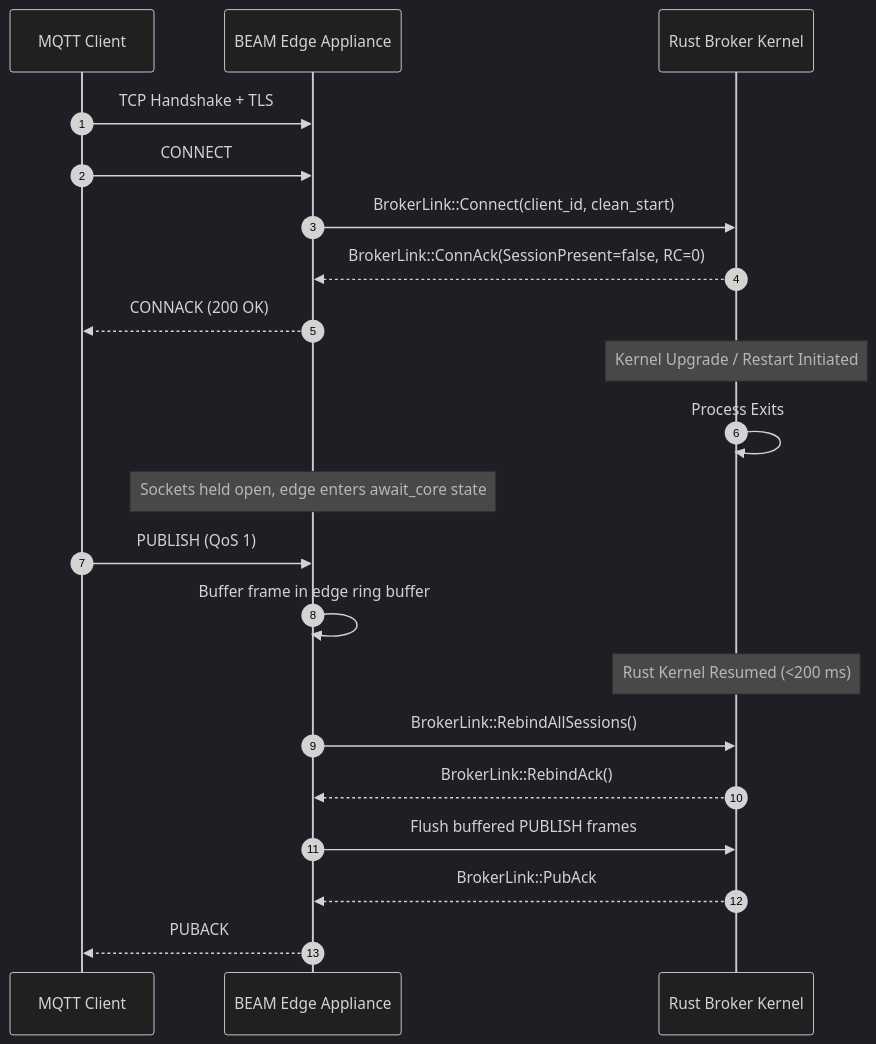
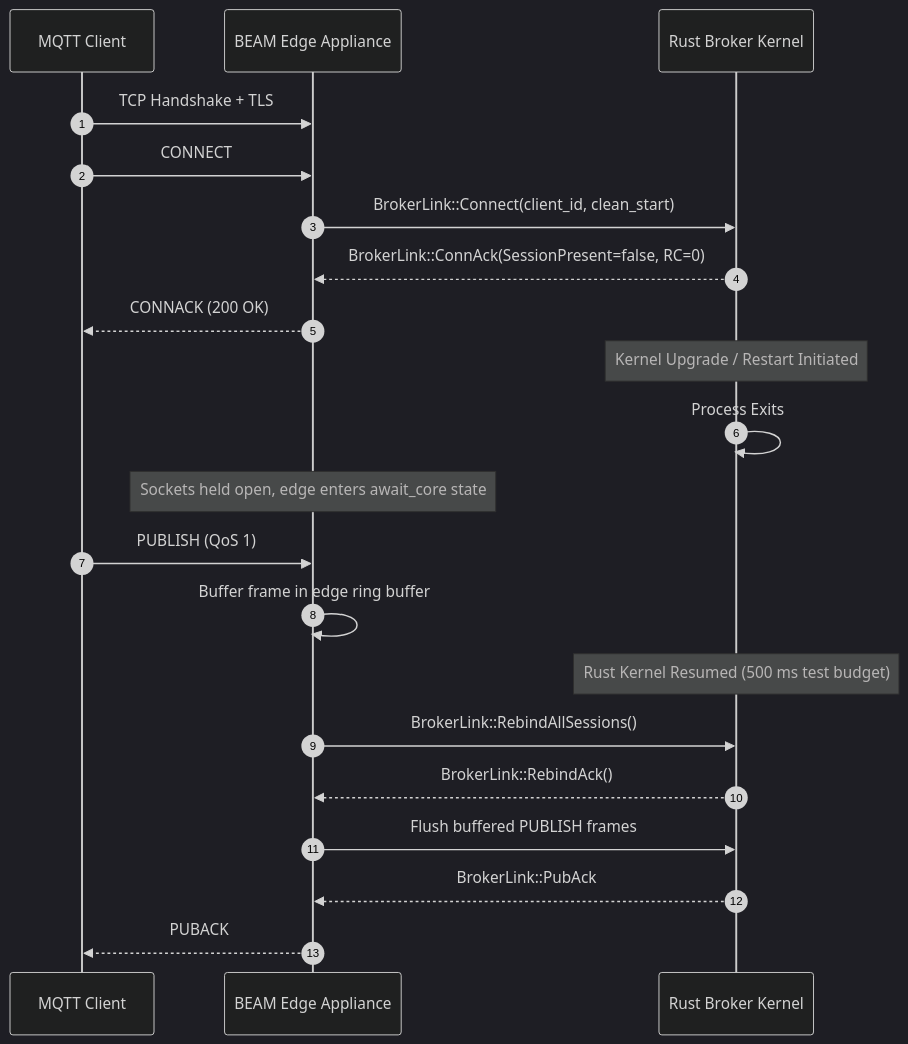
Before and after one commit to ankur-paan/indramqtt: the second of 3 diagrams in ARCHITECTURE.md, drawn with Mermaid (dark theme). The commit also changed other lines of this file and 43 other files, not shown here.

````diff
--- a/ARCHITECTURE.md
+++ b/ARCHITECTURE.md
@@ -72,26 +73,26 @@
 ```mermaid
 sequenceDiagram
     autonumber
     participant Client as MQTT Client
     participant BEAM as BEAM Edge Appliance
     participant Rust as Rust Broker Kernel
 
     Client->>BEAM: TCP Handshake + TLS
     Client->>BEAM: CONNECT
     BEAM->>Rust: BrokerLink::Connect(client_id, clean_start)
     Rust-->>BEAM: BrokerLink::ConnAck(SessionPresent=false, RC=0)
     BEAM-->>Client: CONNACK (200 OK)
 
     Note over Rust: Kernel Upgrade / Restart Initiated
     Rust->>Rust: Process Exits
     Note over BEAM: Sockets held open, edge enters await_core state
     Client->>BEAM: PUBLISH (QoS 1)
     BEAM->>BEAM: Buffer frame in edge ring buffer
 
-    Note over Rust: Rust Kernel Resumed (<200 ms)
+    Note over Rust: Rust Kernel Resumed (500 ms test budget)
     BEAM->>Rust: BrokerLink::RebindAllSessions()
     Rust-->>BEAM: BrokerLink::RebindAck()
     BEAM->>Rust: Flush buffered PUBLISH frames
     Rust-->>BEAM: BrokerLink::PubAck
     BEAM-->>Client: PUBACK
 ```
````
